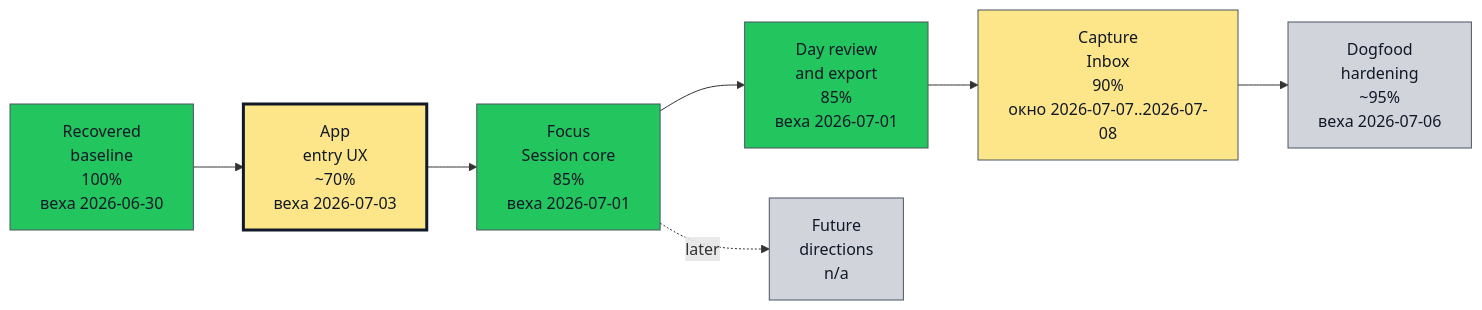
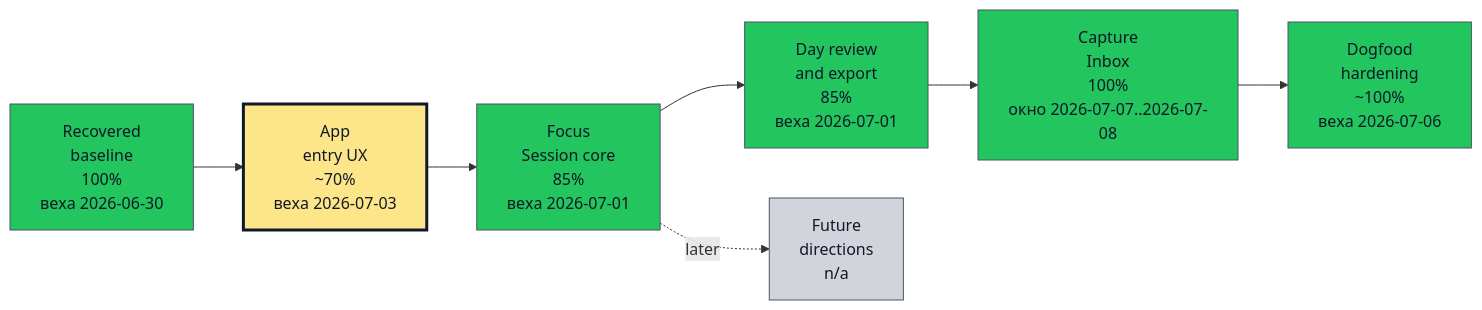
One commit to asukhodko/timeskein changed the first of 2 diagrams in docs/roadmap/opskarta.md. Above: the diagram before and after it, drawn with Mermaid. The commit also changed other lines of this file and 9 other files, not shown here.

````diff
--- a/docs/roadmap/opskarta.md
+++ b/docs/roadmap/opskarta.md
@@ -19,35 +19,35 @@
 ```mermaid
 flowchart LR
 
     classDef exec_done fill:#22c55e,stroke:#4b5563,color:#111827,stroke-width:1px
     classDef exec_in_progress fill:#0ea5e9,stroke:#4b5563,color:#111827,stroke-width:1px
     classDef exec_blocked fill:#fecaca,stroke:#4b5563,color:#111827,stroke-width:1px
     classDef exec_not_started fill:#9ca3af,stroke:#4b5563,color:#111827,stroke-width:1px
     classDef exec_mgmt_green fill:#86efac,stroke:#4b5563,color:#111827,stroke-width:1px
     classDef exec_mgmt_yellow fill:#fde68a,stroke:#4b5563,color:#111827,stroke-width:1px
     classDef exec_mgmt_red fill:#fca5a5,stroke:#4b5563,color:#111827,stroke-width:1px
     classDef exec_mgmt_neutral fill:#d1d5db,stroke:#4b5563,color:#111827,stroke-width:1px
 
     recovered_baseline["Recovered<br/>baseline<br/>100%<br/>веха 2026-06-30"]
     class recovered_baseline exec_done
     app_entry_ux["App<br/>entry UX<br/>~70%<br/>веха 2026-07-03"]
     class app_entry_ux exec_mgmt_yellow
     style app_entry_ux stroke:#111827,stroke-width:3px
     focus_session_core["Focus<br/>Session core<br/>85%<br/>веха 2026-07-01"]
     class focus_session_core exec_done
     day_review_export["Day review<br/>and export<br/>85%<br/>веха 2026-07-01"]
     class day_review_export exec_done
-    capture_inbox["Capture<br/>Inbox<br/>90%<br/>окно 2026-07-07..2026-07-08"]
-    class capture_inbox exec_mgmt_yellow
-    dogfood_hardening["Dogfood<br/>hardening<br/>~95%<br/>веха 2026-07-06"]
-    class dogfood_hardening exec_mgmt_neutral
+    capture_inbox["Capture<br/>Inbox<br/>100%<br/>окно 2026-07-07..2026-07-08"]
+    class capture_inbox exec_done
+    dogfood_hardening["Dogfood<br/>hardening<br/>~100%<br/>веха 2026-07-06"]
+    class dogfood_hardening exec_done
     future_directions["Future<br/>directions<br/>n/a"]
     class future_directions exec_mgmt_neutral
 
     recovered_baseline --> app_entry_ux
     app_entry_ux --> focus_session_core
     focus_session_core --> day_review_export
     day_review_export --> capture_inbox
     capture_inbox --> dogfood_hardening
     focus_session_core -. later .-> future_directions
 ```
````
